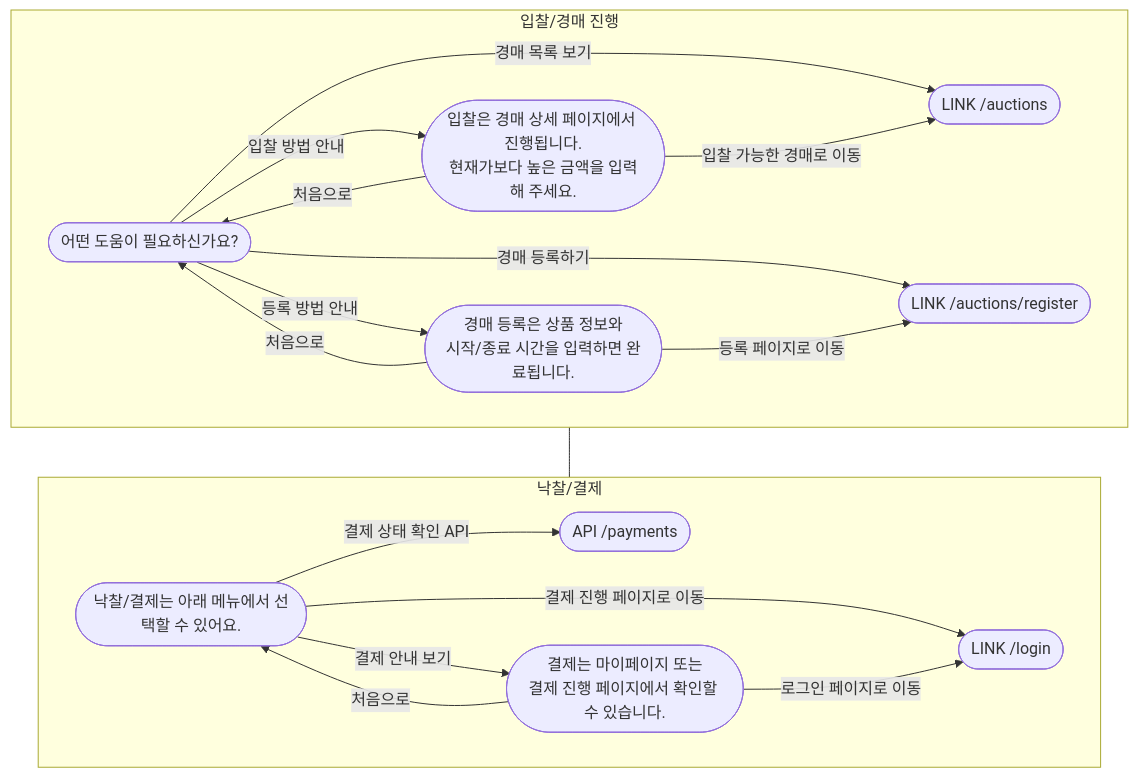
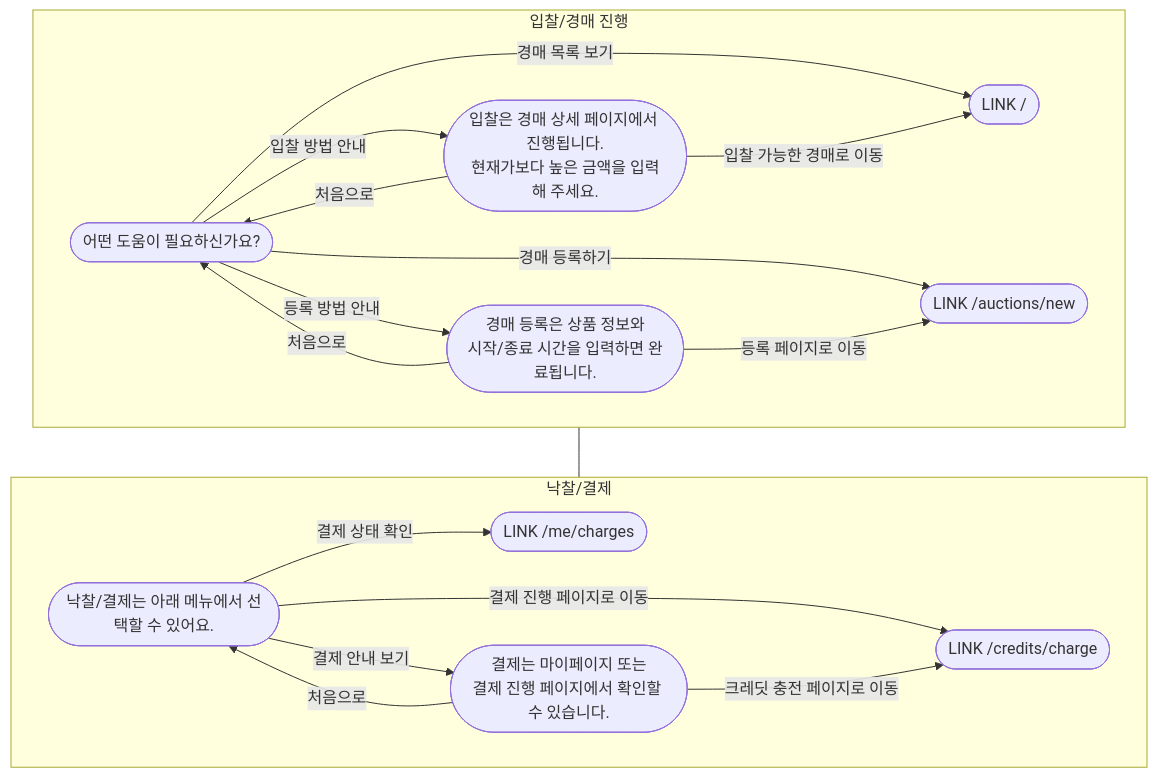
Before and after one commit to team-noonchissaum/IgLoo: the diagram in docs/chatbot-spec.md, drawn with Mermaid. The commit also changed other lines of this file and 2 other files, not shown here.

````diff
--- a/docs/chatbot-spec.md
+++ b/docs/chatbot-spec.md
@@ -57,41 +57,41 @@
 ```mermaid
 flowchart TB
   %% layout settings
   classDef big font-size:16px;
   %% Scenario 1: auction_flow
   subgraph S1[입찰/경매 진행]
     S1_root(["어떤 도움이 필요하신가요?"])
     S1_bid(["입찰은 경매 상세 페이지에서 진행됩니다.<br/>현재가보다 높은 금액을 입력해 주세요."])
     S1_reg(["경매 등록은 상품 정보와<br/>시작/종료 시간을 입력하면 완료됩니다."])
 
-    S1_root -->|경매 목록 보기| S1_link_auctions(["LINK /auctions"])
-    S1_root -->|경매 등록하기| S1_link_register(["LINK /auctions/register"])
+    S1_root -->|경매 목록 보기| S1_link_home(["LINK /"])
+    S1_root -->|경매 등록하기| S1_link_register(["LINK /auctions/new"])
     S1_root -->|입찰 방법 안내| S1_bid
     S1_root -->|등록 방법 안내| S1_reg
 
-    S1_bid -->|입찰 가능한 경매로 이동| S1_link_auctions
+    S1_bid -->|입찰 가능한 경매로 이동| S1_link_home
     S1_bid -->|처음으로| S1_root
 
     S1_reg -->|등록 페이지로 이동| S1_link_register
     S1_reg -->|처음으로| S1_root
   end
 
   %% Scenario 2: payment_flow
   subgraph S2[낙찰/결제]
     S2_root(["낙찰/결제는 아래 메뉴에서 선택할 수 있어요."])
     S2_guide(["결제는 마이페이지 또는<br/>결제 진행 페이지에서 확인할 수 있습니다."])
 
-    S2_root -->|결제 진행 페이지로 이동| S2_link_login(["LINK /login"])
-    S2_root -->|결제 상태 확인 API| S2_api_payments(["API /payments"])
+    S2_root -->|결제 진행 페이지로 이동| S2_link_charge(["LINK /credits/charge"])
+    S2_root -->|결제 상태 확인| S2_link_charges(["LINK /me/charges"])
     S2_root -->|결제 안내 보기| S2_guide
 
-    S2_guide -->|로그인 페이지로 이동| S2_link_login
+    S2_guide -->|크레딧 충전 페이지로 이동| S2_link_charge
     S2_guide -->|처음으로| S2_root
   end
 
   %% stack layout: S1 above S2
   S1 --- S2
 
   %% apply larger font to all nodes
-  class S1_root,S1_bid,S1_reg,S1_link_auctions,S1_link_register,S2_root,S2_guide,S2_link_login,S2_api_payments big;
+  class S1_root,S1_bid,S1_reg,S1_link_home,S1_link_register,S2_root,S2_guide,S2_link_charge,S2_link_charges big;
 ```
````
